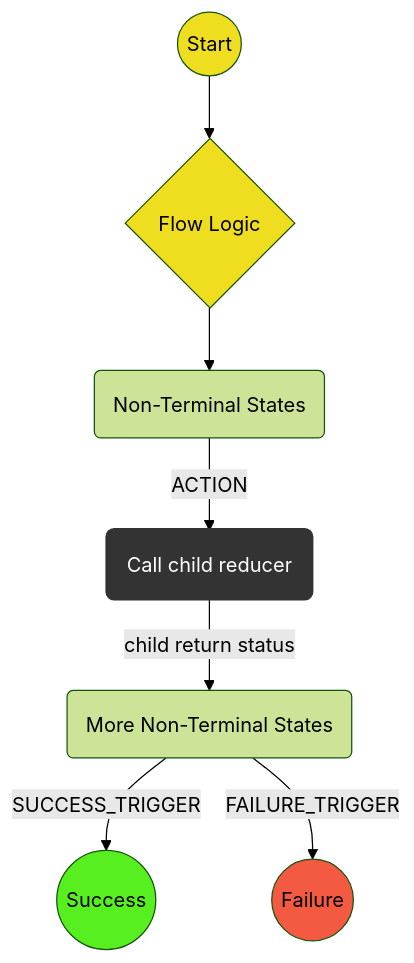
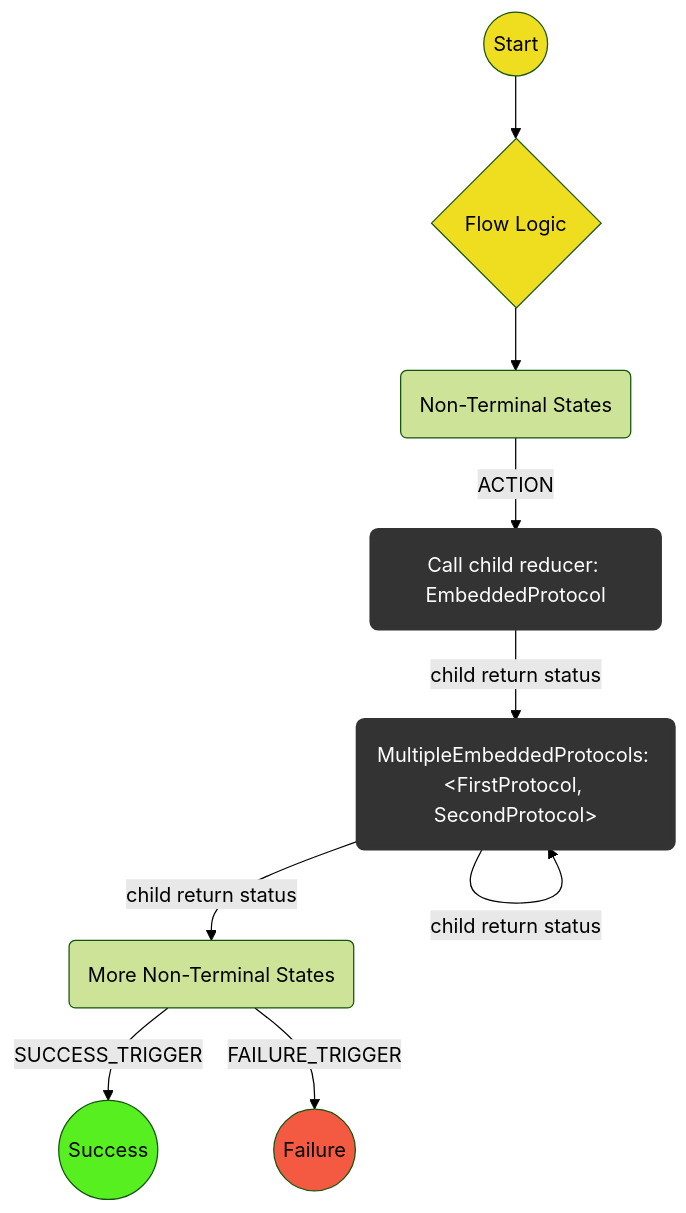
Before and after one commit to magmo/apps: the first of 2 diagrams in packages/wallet/notes/protocol-conventions.md, drawn with Mermaid (forest theme).

Commit message:
Add node to sample state machine diagram indicating how multiple parallel embedded protocols can be represented

````diff
--- a/packages/wallet/notes/protocol-conventions.md
+++ b/packages/wallet/notes/protocol-conventions.md
@@ -36,20 +36,23 @@
 ```mermaid
   graph TD
   linkStyle default interpolate basis
   St((Start))-->L
   L{Flow Logic} --> NT1(Non-Terminal States)
-  NT1 -->|ACTION| C
-  C(Call child reducer) -->|child return status| NT2
+  NT1 -->|ACTION| C(Call child reducer: EmbeddedProtocol)
+  C -->|child return status| C2("MultipleEmbeddedProtocols: #60;FirstProtocol, SecondProtocol#62;")
+  C2 -->|child return status| NT2
+  C2 -->|child return status| C2
   NT2(More Non-Terminal States) --> |SUCCESS_TRIGGER| Su
   Su((Success))
   NT2(More Non-Terminal States) --> |FAILURE_TRIGGER| F
   F((Failure))
   classDef logic fill:#efdd20;
   classDef Success fill:#58ef21;
   classDef Failure fill:#f45941;
   classDef WaitForChildProtocol stroke:#333,stroke-width:4px,color:#ffff,fill:#333;
   class St,L logic;
   class Su Success;
   class F Failure;
   class C WaitForChildProtocol;
+  class C2 WaitForChildProtocol;
 ```
````
